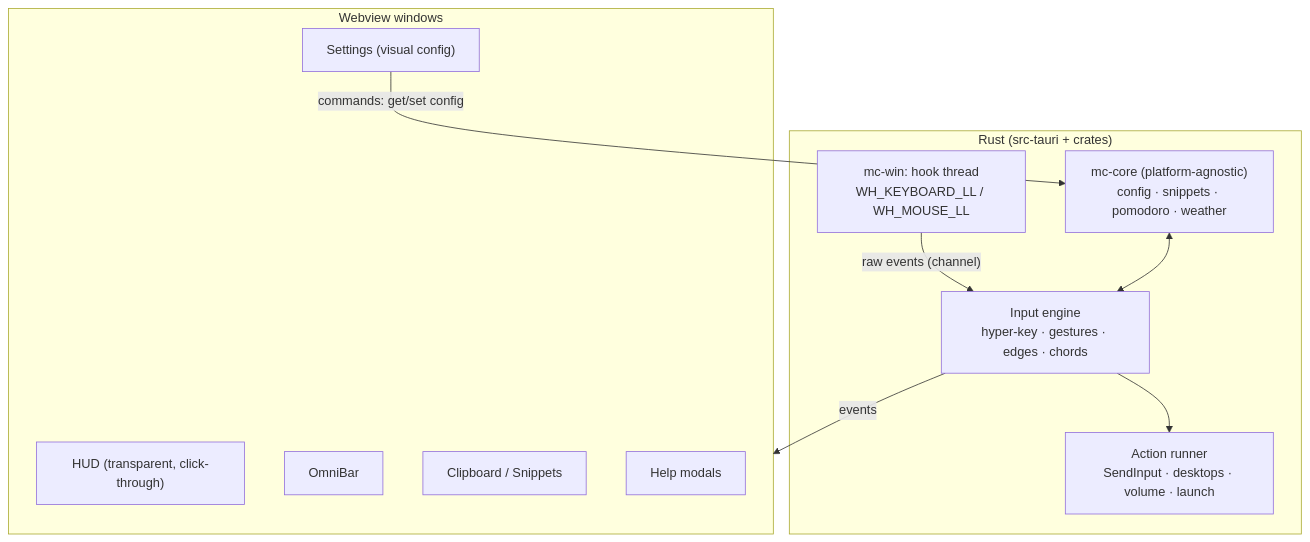
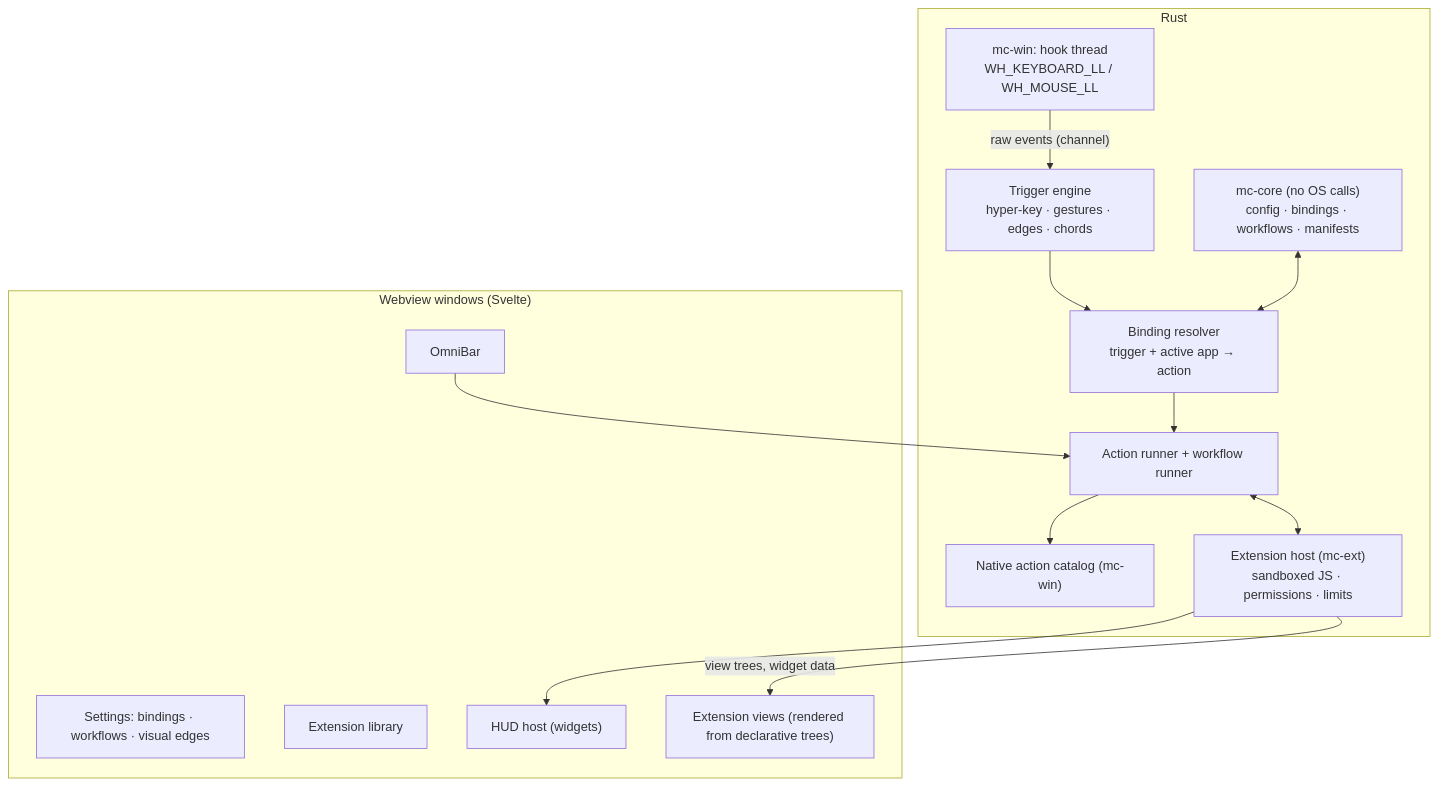
One commit to aydieojewelry/MouseComb changed the second of 2 diagrams in APP_SPEC.md. Above: the diagram before and after it, drawn with Mermaid. The commit also changed other lines of this file and 3 other files, not shown here.

First line of the commit message:
Re-architect MouseComb as an extensible trigger/action platform (B-0002)

````diff
--- a/APP_SPEC.md
+++ b/APP_SPEC.md
@@ -48,21 +67,26 @@
 ```mermaid
 graph TD
-  subgraph Rust["Rust (src-tauri + crates)"]
+  subgraph Rust["Rust"]
     HOOK["mc-win: hook thread<br/>WH_KEYBOARD_LL / WH_MOUSE_LL"]
-    ENG["Input engine<br/>hyper-key · gestures · edges · chords"]
-    CORE["mc-core (platform-agnostic)<br/>config · snippets · pomodoro · weather"]
-    ACT["Action runner<br/>SendInput · desktops · volume · launch"]
+    TRIG["Trigger engine<br/>hyper-key · gestures · edges · chords"]
+    BIND["Binding resolver<br/>trigger + active app → action"]
+    RUN["Action runner + workflow runner"]
+    CAT["Native action catalog (mc-win)"]
+    HOST["Extension host (mc-ext)<br/>sandboxed JS · permissions · limits"]
+    CORE["mc-core (no OS calls)<br/>config · bindings · workflows · manifests"]
   end
-  subgraph UI["Webview windows"]
-    HUD["HUD (transparent, click-through)"]
+  subgraph UI["Webview windows (Svelte)"]
     OMNI["OmniBar"]
-    CLIP["Clipboard / Snippets"]
-    HELP["Help modals"]
-    SET["Settings (visual config)"]
+    SET["Settings: bindings · workflows · visual edges"]
+    STORE["Extension library"]
+    HUD["HUD host (widgets)"]
+    VIEWS["Extension views (rendered from declarative trees)"]
   end
-  HOOK -- "raw events (channel)" --> ENG
-  ENG --> ACT
-  ENG -- "events" --> UI
-  CORE <--> ENG
-  SET -- "commands: get/set config" --> CORE
+  HOOK -- "raw events (channel)" --> TRIG --> BIND --> RUN
+  RUN --> CAT
+  RUN <--> HOST
+  CORE <--> BIND
+  OMNI --> RUN
+  HOST -- "view trees, widget data" --> VIEWS
+  HOST --> HUD
 ```
````
